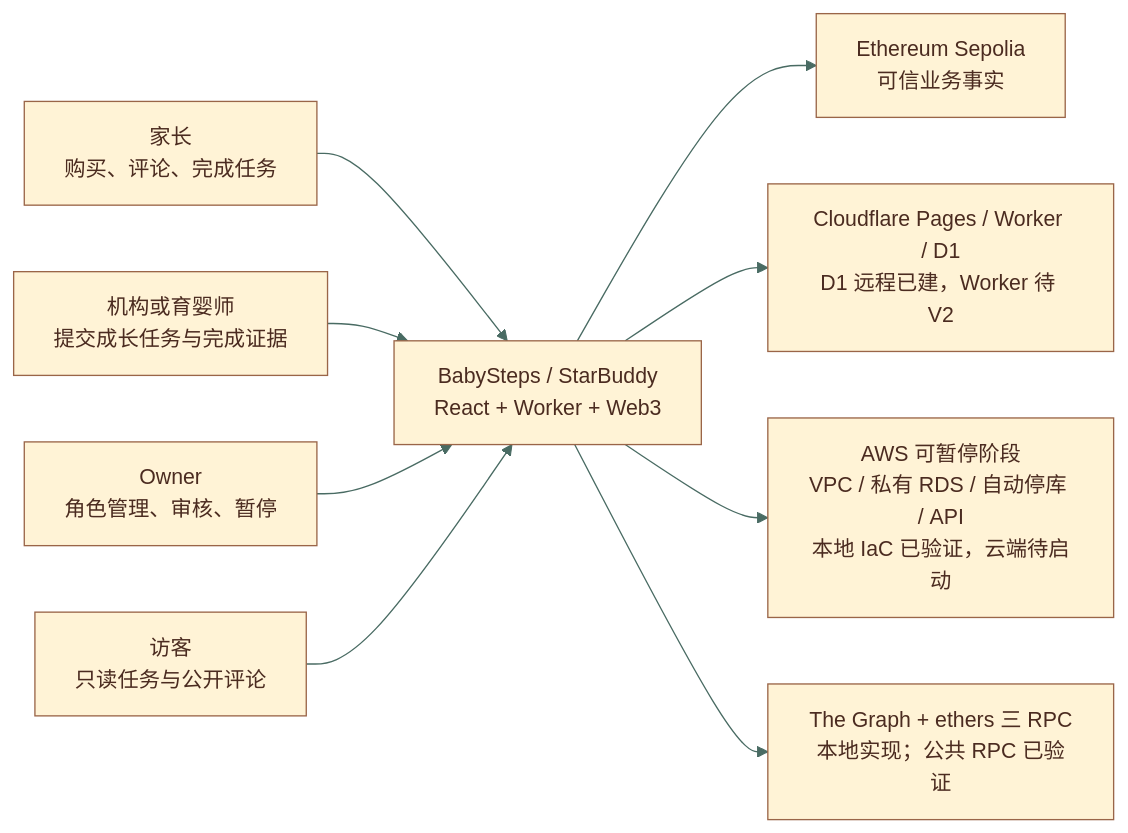
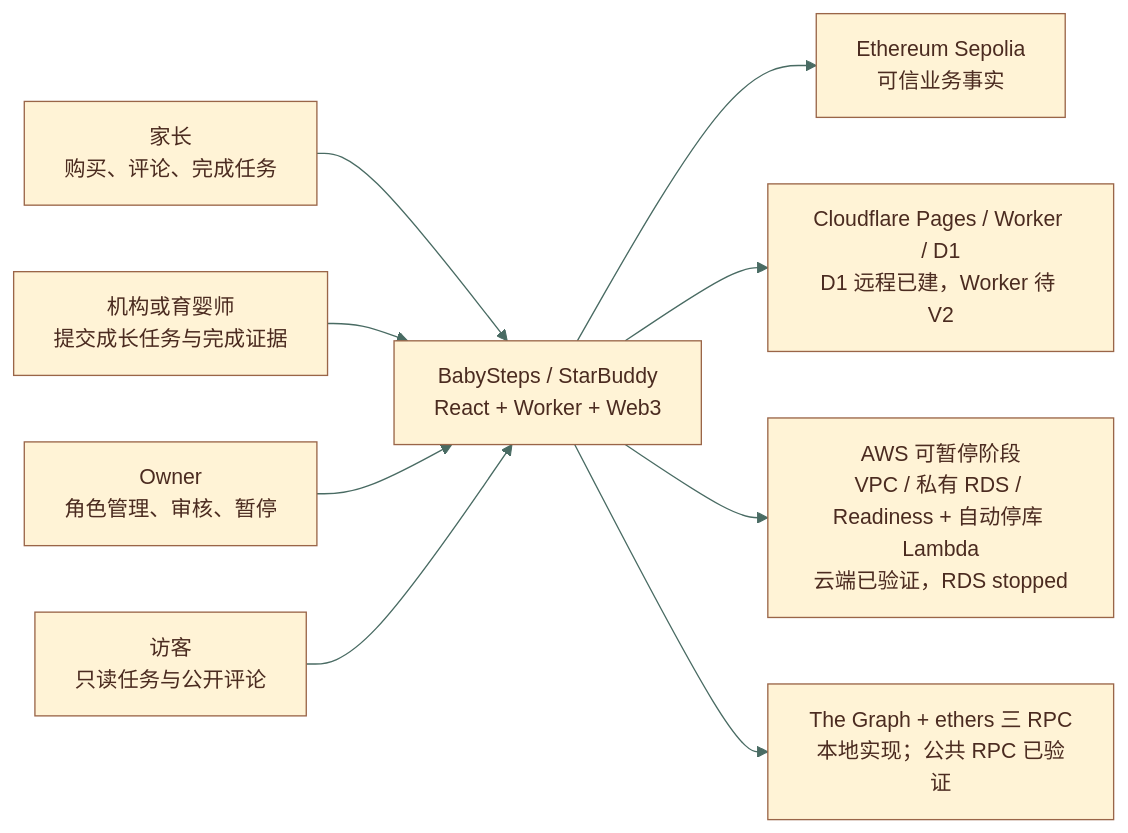
The first of 8 diagrams in docs/architecture/starbuddy-web3-architecture.mmd (Tiancheng-Xu/babysteps), drawn with Mermaid before and after one commit. The commit also changed other lines of this file and 7 other files, not shown here.

````diff
--- a/docs/architecture/starbuddy-web3-architecture.mmd
+++ b/docs/architecture/starbuddy-web3-architecture.mmd
@@ -16,19 +16,19 @@
 ```mermaid
 %%{init: {"theme":"base","themeVariables":{"primaryColor":"#FFF3D6","primaryTextColor":"#4B2B20","primaryBorderColor":"#9A6548","lineColor":"#496B63","secondaryColor":"#F7B267","tertiaryColor":"#DCE9C8"}}}%%
 flowchart LR
     parent0["家长<br/>购买、评论、完成任务"]
     provider0["机构或育婴师<br/>提交成长任务与完成证据"]
     owner0["Owner<br/>角色管理、审核、暂停"]
     babySteps["BabySteps / StarBuddy<br/>React + Worker + Web3"]
     public0["访客<br/>只读任务与公开评论"]
 
     parent0 --> babySteps
     provider0 --> babySteps
     owner0 --> babySteps
     public0 --> babySteps
 
     babySteps --> ethereum0["Ethereum Sepolia<br/>可信业务事实"]
     babySteps --> cloudflare0["Cloudflare Pages / Worker / D1<br/>D1 远程已建，Worker 待 V2"]
-    babySteps --> aws0["AWS 可暂停阶段<br/>VPC / 私有 RDS / 自动停库 / API<br/>本地 IaC 已验证，云端待启动"]
+    babySteps --> aws0["AWS 可暂停阶段<br/>VPC / 私有 RDS / Readiness + 自动停库 Lambda<br/>云端已验证，RDS stopped"]
     babySteps --> index0["The Graph + ethers 三 RPC<br/>本地实现；公共 RPC 已验证"]
 ```
````
